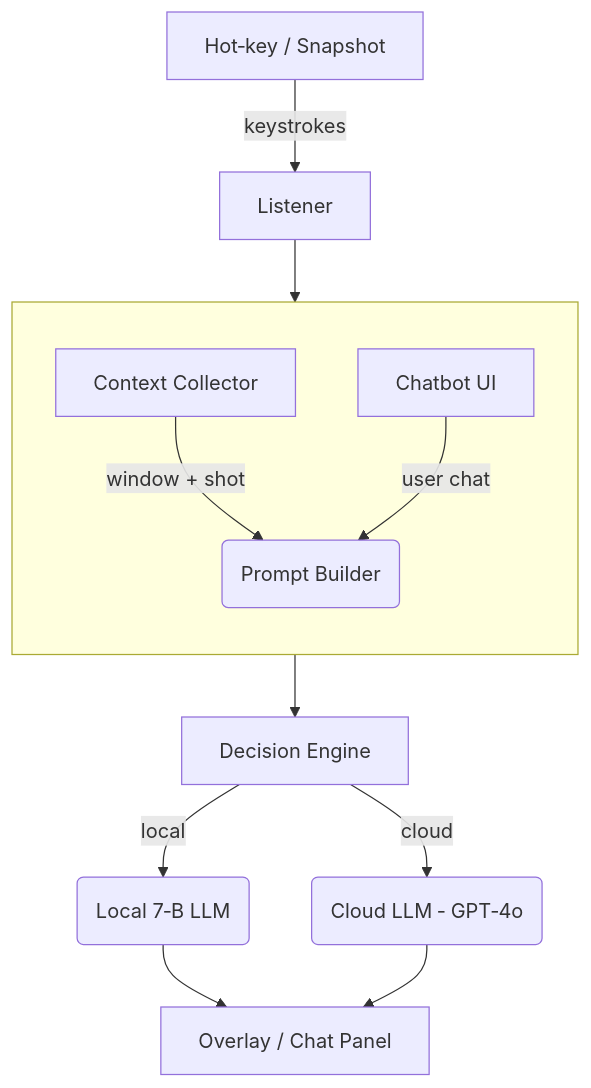
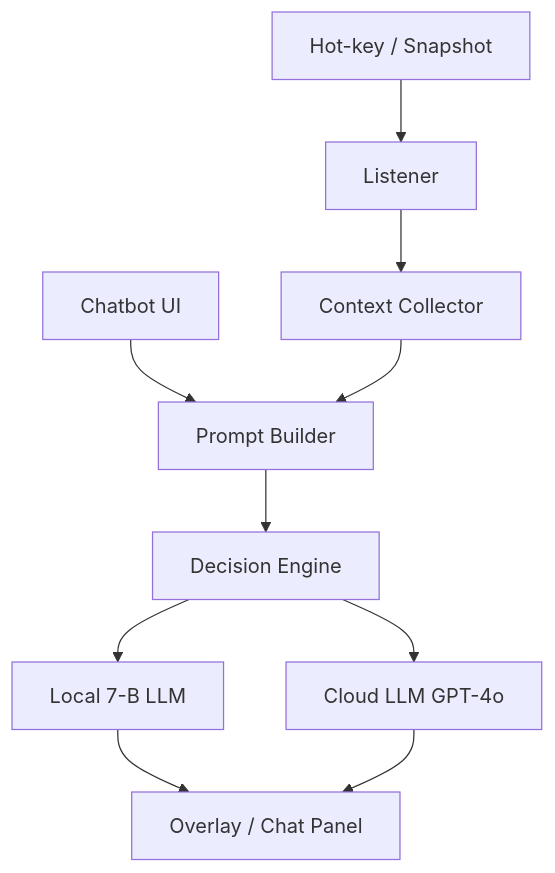
The diagram in README.md (MihneaTs1/casi), drawn with Mermaid before and after one commit. The commit also changed other lines of this file, not shown here.

````diff
--- a/README.md
+++ b/README.md
@@ -7,15 +7,12 @@
 ```mermaid
 flowchart TD
-    A[Hot‑key / Snapshot] -->|keystrokes| L[Listener]
-    L --> C[Context&nbsp;Collector]
-    subgraph Input[ ]
-        direction TB
-        C -->|window + shot| PB(Prompt&nbsp;Builder)
-        ChatInput[Chatbot UI] -->|user chat| PB
-    end
-    PB --> DE[Decision Engine]
-    DE -->|local| LL(Local 7‑B LLM)
-    DE -->|cloud| CL(Cloud LLM ‑ GPT‑4o)
-    LL --> UI[Overlay / Chat Panel]
+    A[Hot-key / Snapshot] --> L[Listener]
+    L --> C[Context Collector]
+    CHAT[Chatbot UI] --> PB[Prompt Builder]
+    C --> PB
+    PB --> DE[Decision Engine]
+    DE --> LL[Local 7-B LLM]
+    DE --> CL["Cloud LLM GPT-4o"]
+    LL --> UI["Overlay / Chat Panel"]
     CL --> UI
 ```
````
